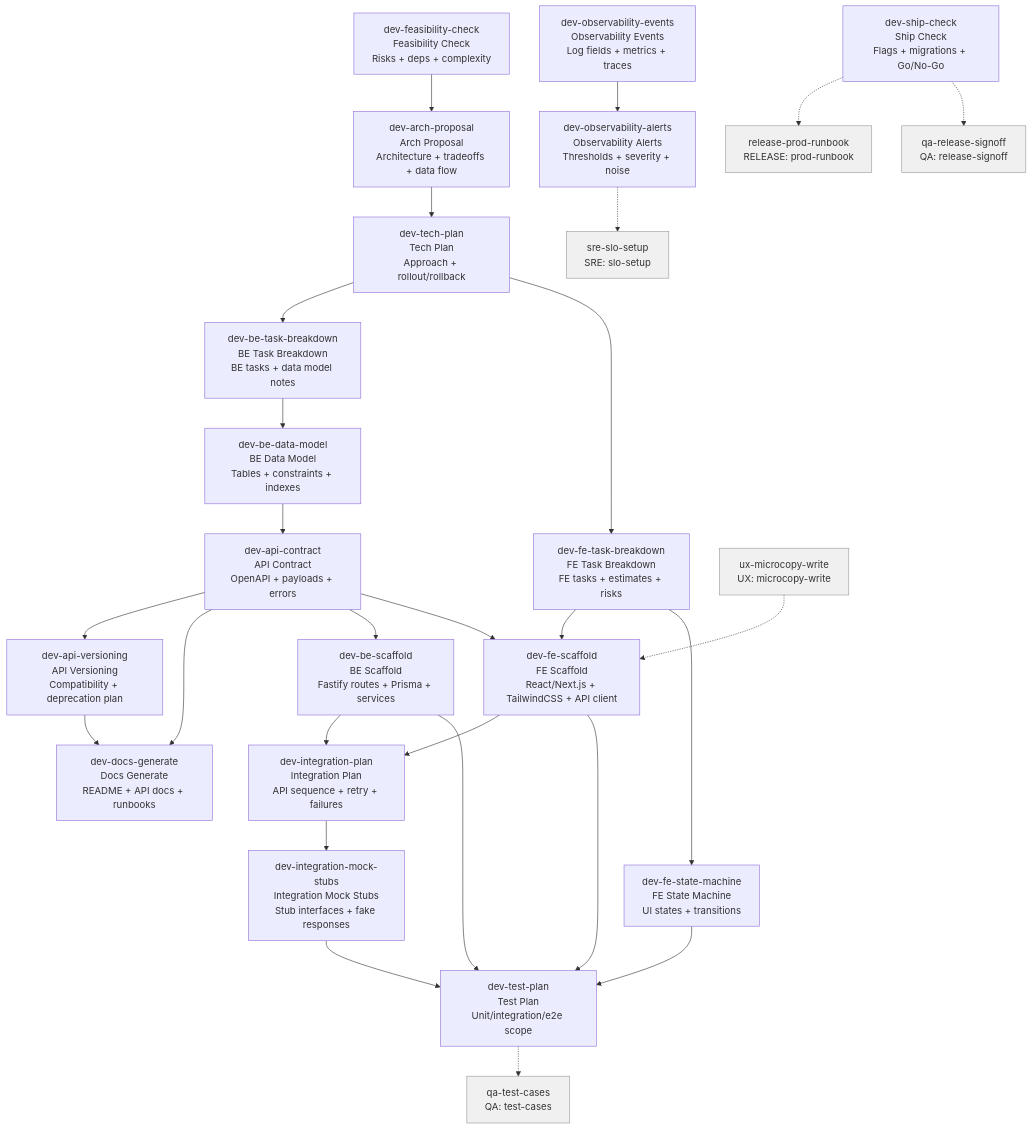
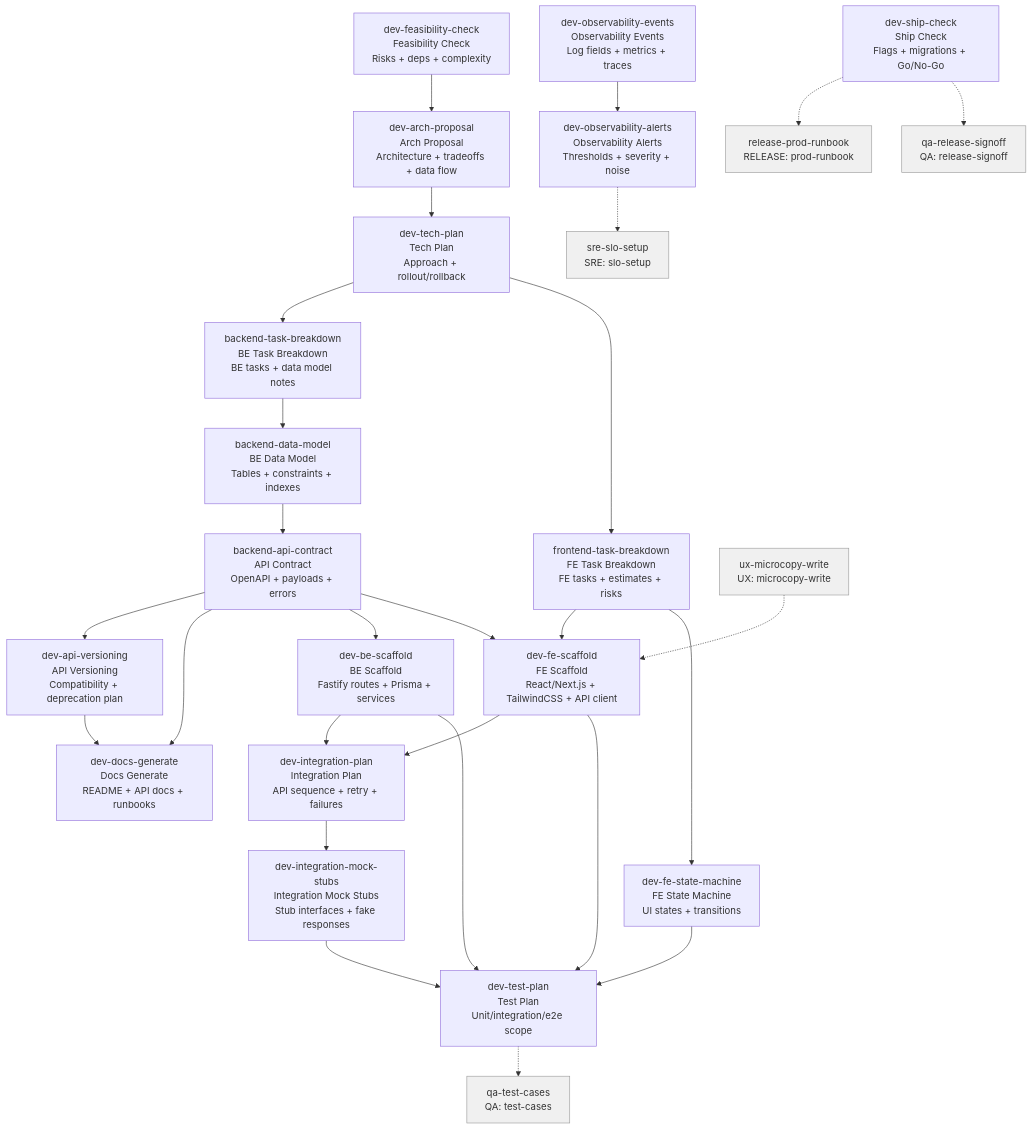
The diagram in docs/roadmap/tasks/role-skills/dev.md (parhumm/jaan-to), drawn with Mermaid before and after one commit. The commit also changed other lines of this file and 22 other files, not shown here.

````diff
--- a/docs/roadmap/tasks/role-skills/dev.md
+++ b/docs/roadmap/tasks/role-skills/dev.md
@@ -14,35 +14,35 @@
 ```mermaid
 flowchart TD
     jaan-to-dev-feasibility-check["dev-feasibility-check<br>Feasibility Check<br>Risks + deps + complexity"] --> jaan-to-dev-arch-proposal["dev-arch-proposal<br>Arch Proposal<br>Architecture + tradeoffs + data flow"]
     jaan-to-dev-arch-proposal["dev-arch-proposal<br>Arch Proposal<br>Architecture + tradeoffs + data flow"] --> jaan-to-dev-tech-plan["dev-tech-plan<br>Tech Plan<br>Approach + rollout/rollback"]
-    jaan-to-dev-tech-plan["dev-tech-plan<br>Tech Plan<br>Approach + rollout/rollback"] --> dev-be-task-breakdown["dev-be-task-breakdown<br>BE Task Breakdown<br>BE tasks + data model notes"]
-    jaan-to-dev-tech-plan["dev-tech-plan<br>Tech Plan<br>Approach + rollout/rollback"] --> dev-fe-task-breakdown["dev-fe-task-breakdown<br>FE Task Breakdown<br>FE tasks + estimates + risks"]
-    dev-be-task-breakdown["dev-be-task-breakdown<br>BE Task Breakdown<br>BE tasks + data model notes"] --> jaan-to-dev-be-data-model["dev-be-data-model<br>BE Data Model<br>Tables + constraints + indexes"]
-    jaan-to-dev-be-data-model["dev-be-data-model<br>BE Data Model<br>Tables + constraints + indexes"] --> jaan-to-dev-api-contract["dev-api-contract<br>API Contract<br>OpenAPI + payloads + errors"]
-    jaan-to-dev-api-contract["dev-api-contract<br>API Contract<br>OpenAPI + payloads + errors"] --> jaan-to-dev-api-versioning["dev-api-versioning<br>API Versioning<br>Compatibility + deprecation plan"]
+    jaan-to-dev-tech-plan["dev-tech-plan<br>Tech Plan<br>Approach + rollout/rollback"] --> backend-task-breakdown["backend-task-breakdown<br>BE Task Breakdown<br>BE tasks + data model notes"]
+    jaan-to-dev-tech-plan["dev-tech-plan<br>Tech Plan<br>Approach + rollout/rollback"] --> frontend-task-breakdown["frontend-task-breakdown<br>FE Task Breakdown<br>FE tasks + estimates + risks"]
+    backend-task-breakdown["backend-task-breakdown<br>BE Task Breakdown<br>BE tasks + data model notes"] --> jaan-to-backend-data-model["backend-data-model<br>BE Data Model<br>Tables + constraints + indexes"]
+    jaan-to-backend-data-model["backend-data-model<br>BE Data Model<br>Tables + constraints + indexes"] --> jaan-to-backend-api-contract["backend-api-contract<br>API Contract<br>OpenAPI + payloads + errors"]
+    jaan-to-backend-api-contract["backend-api-contract<br>API Contract<br>OpenAPI + payloads + errors"] --> jaan-to-dev-api-versioning["dev-api-versioning<br>API Versioning<br>Compatibility + deprecation plan"]
     jaan-to-dev-api-versioning["dev-api-versioning<br>API Versioning<br>Compatibility + deprecation plan"] --> jaan-to-dev-docs-generate["dev-docs-generate<br>Docs Generate<br>README + API docs + runbooks"]
-    jaan-to-dev-api-contract["dev-api-contract<br>API Contract<br>OpenAPI + payloads + errors"] --> jaan-to-dev-docs-generate["dev-docs-generate<br>Docs Generate<br>README + API docs + runbooks"]
-    jaan-to-dev-api-contract["dev-api-contract<br>API Contract<br>OpenAPI + payloads + errors"] --> jaan-to-dev-be-scaffold["dev-be-scaffold<br>BE Scaffold<br>Fastify routes + Prisma + services"]
+    jaan-to-backend-api-contract["backend-api-contract<br>API Contract<br>OpenAPI + payloads + errors"] --> jaan-to-dev-docs-generate["dev-docs-generate<br>Docs Generate<br>README + API docs + runbooks"]
+    jaan-to-backend-api-contract["backend-api-contract<br>API Contract<br>OpenAPI + payloads + errors"] --> jaan-to-dev-be-scaffold["dev-be-scaffold<br>BE Scaffold<br>Fastify routes + Prisma + services"]
     jaan-to-dev-be-scaffold["dev-be-scaffold<br>BE Scaffold<br>Fastify routes + Prisma + services"] --> jaan-to-dev-integration-plan["dev-integration-plan<br>Integration Plan<br>API sequence + retry + failures"]
     jaan-to-dev-be-scaffold["dev-be-scaffold<br>BE Scaffold<br>Fastify routes + Prisma + services"] --> jaan-to-dev-test-plan["dev-test-plan<br>Test Plan<br>Unit/integration/e2e scope"]
-    dev-fe-task-breakdown["dev-fe-task-breakdown<br>FE Task Breakdown<br>FE tasks + estimates + risks"] --> jaan-to-dev-fe-scaffold["dev-fe-scaffold<br>FE Scaffold<br>React/Next.js + TailwindCSS + API client"]
-    jaan-to-dev-api-contract["dev-api-contract<br>API Contract<br>OpenAPI + payloads + errors"] --> jaan-to-dev-fe-scaffold["dev-fe-scaffold<br>FE Scaffold<br>React/Next.js + TailwindCSS + API client"]
+    frontend-task-breakdown["frontend-task-breakdown<br>FE Task Breakdown<br>FE tasks + estimates + risks"] --> jaan-to-dev-fe-scaffold["dev-fe-scaffold<br>FE Scaffold<br>React/Next.js + TailwindCSS + API client"]
+    jaan-to-backend-api-contract["backend-api-contract<br>API Contract<br>OpenAPI + payloads + errors"] --> jaan-to-dev-fe-scaffold["dev-fe-scaffold<br>FE Scaffold<br>React/Next.js + TailwindCSS + API client"]
     ux-microcopy-write["ux-microcopy-write<br>UX: microcopy-write"] -.-> jaan-to-dev-fe-scaffold["dev-fe-scaffold<br>FE Scaffold<br>React/Next.js + TailwindCSS + API client"]
     jaan-to-dev-fe-scaffold["dev-fe-scaffold<br>FE Scaffold<br>React/Next.js + TailwindCSS + API client"] --> jaan-to-dev-integration-plan["dev-integration-plan<br>Integration Plan<br>API sequence + retry + failures"]
     jaan-to-dev-fe-scaffold["dev-fe-scaffold<br>FE Scaffold<br>React/Next.js + TailwindCSS + API client"] --> jaan-to-dev-test-plan["dev-test-plan<br>Test Plan<br>Unit/integration/e2e scope"]
-    dev-fe-task-breakdown["dev-fe-task-breakdown<br>FE Task Breakdown<br>FE tasks + estimates + risks"] --> jaan-to-dev-fe-state-machine["dev-fe-state-machine<br>FE State Machine<br>UI states + transitions"]
+    frontend-task-breakdown["frontend-task-breakdown<br>FE Task Breakdown<br>FE tasks + estimates + risks"] --> jaan-to-dev-fe-state-machine["dev-fe-state-machine<br>FE State Machine<br>UI states + transitions"]
     jaan-to-dev-fe-state-machine["dev-fe-state-machine<br>FE State Machine<br>UI states + transitions"] --> jaan-to-dev-test-plan["dev-test-plan<br>Test Plan<br>Unit/integration/e2e scope"]
     jaan-to-dev-integration-plan["dev-integration-plan<br>Integration Plan<br>API sequence + retry + failures"] --> jaan-to-dev-integration-mock-stubs["dev-integration-mock-stubs<br>Integration Mock Stubs<br>Stub interfaces + fake responses"]
     jaan-to-dev-integration-mock-stubs["dev-integration-mock-stubs<br>Integration Mock Stubs<br>Stub interfaces + fake responses"] --> jaan-to-dev-test-plan["dev-test-plan<br>Test Plan<br>Unit/integration/e2e scope"]
     jaan-to-dev-test-plan["dev-test-plan<br>Test Plan<br>Unit/integration/e2e scope"] -.-> qa-test-cases["qa-test-cases<br>QA: test-cases"]
     jaan-to-dev-observability-events["dev-observability-events<br>Observability Events<br>Log fields + metrics + traces"] --> jaan-to-dev-observability-alerts["dev-observability-alerts<br>Observability Alerts<br>Thresholds + severity + noise"]
     jaan-to-dev-observability-alerts["dev-observability-alerts<br>Observability Alerts<br>Thresholds + severity + noise"] -.-> jaan-to-sre-slo-setup["sre-slo-setup<br>SRE: slo-setup"]
     jaan-to-dev-ship-check["dev-ship-check<br>Ship Check<br>Flags + migrations + Go/No-Go"] -.-> jaan-to-release-prod-runbook["release-prod-runbook<br>RELEASE: prod-runbook"]
     jaan-to-dev-ship-check["dev-ship-check<br>Ship Check<br>Flags + migrations + Go/No-Go"] -.-> jaan-to-qa-release-signoff["qa-release-signoff<br>QA: release-signoff"]
 
     style qa-test-cases fill:#f0f0f0,stroke:#999
     style ux-microcopy-write fill:#f0f0f0,stroke:#999
     style jaan-to-sre-slo-setup fill:#f0f0f0,stroke:#999
     style jaan-to-release-prod-runbook fill:#f0f0f0,stroke:#999
     style jaan-to-qa-release-signoff fill:#f0f0f0,stroke:#999
 ```
````
